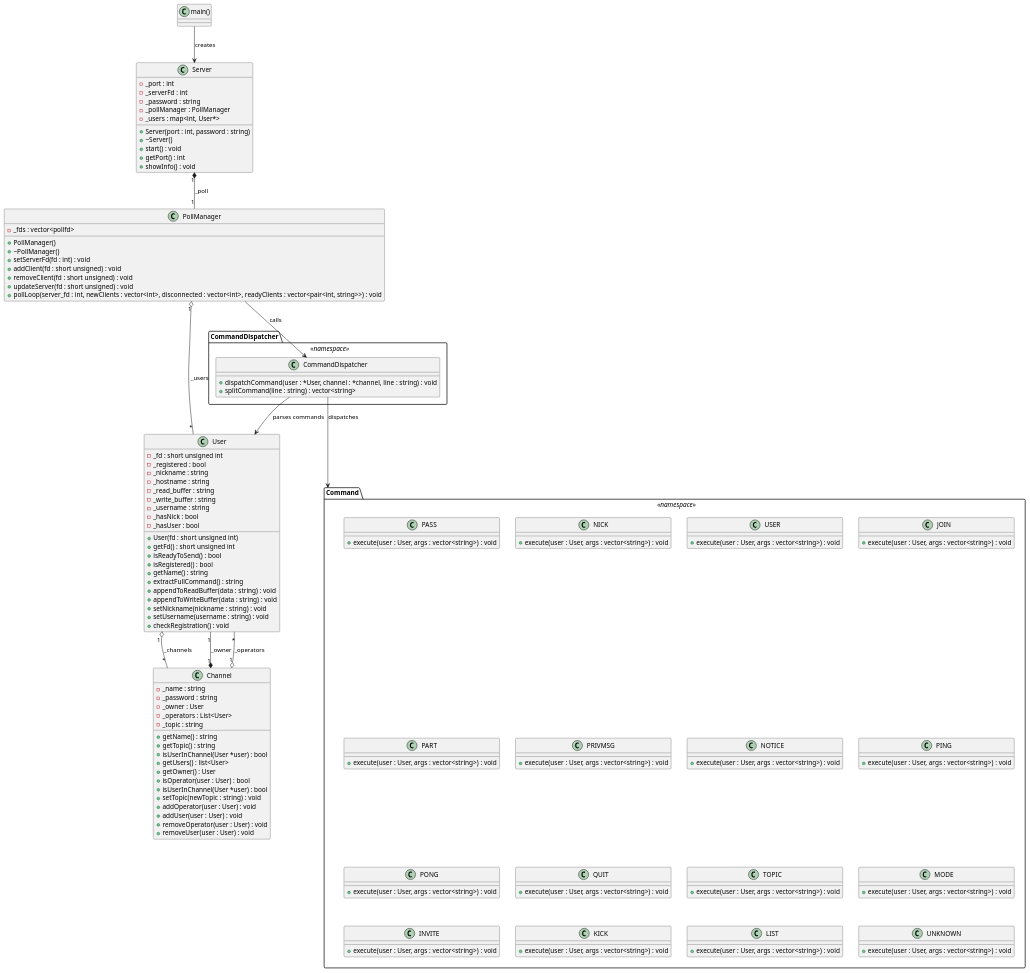
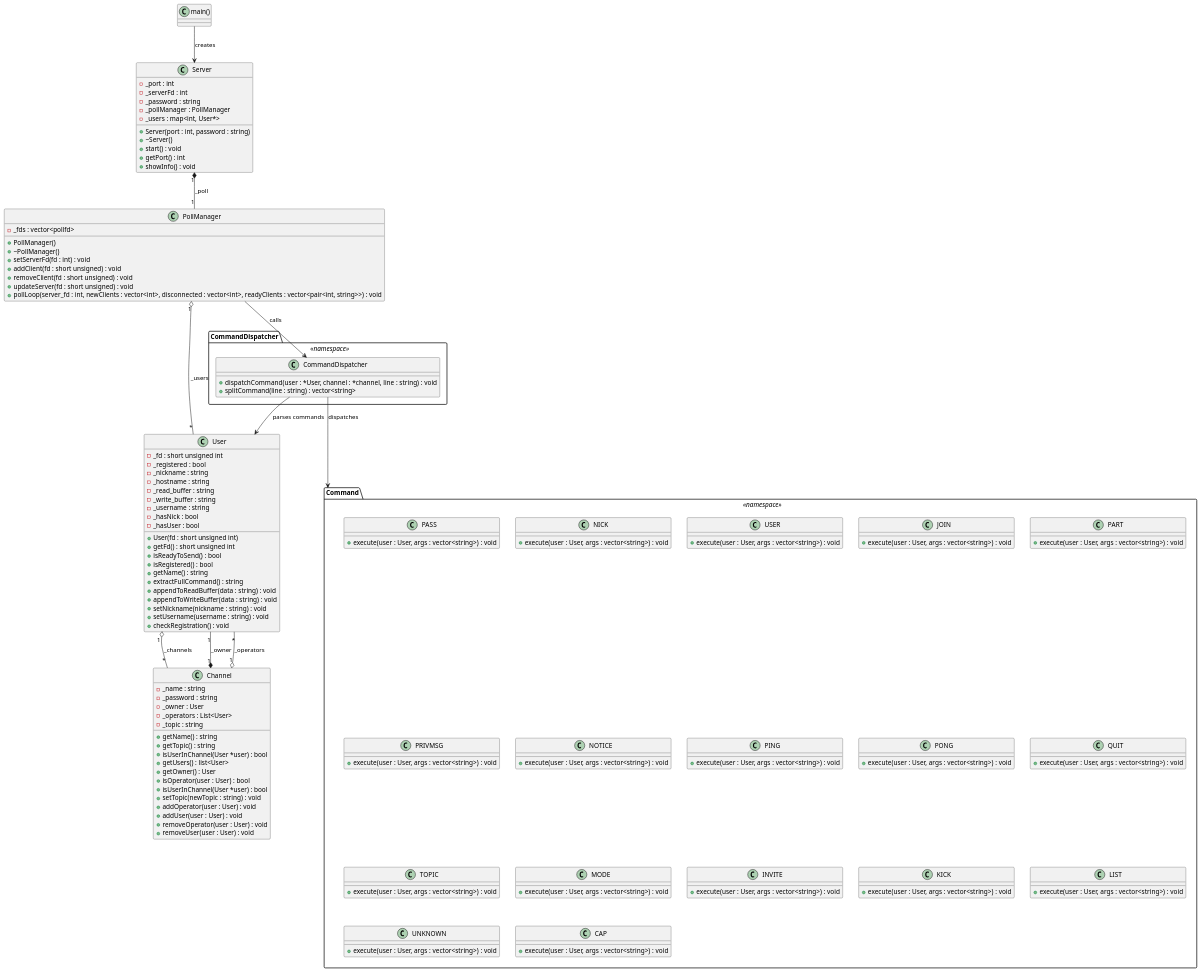
The diagram in diagram.puml (EniumRaphael/ft_irc), drawn with PlantUML before and after one commit. The commit also changed 11 other files, not shown here.

Commit message:
ADD commands NICK, USER, PASS, CAP

```diff
--- a/diagram.puml
+++ b/diagram.puml
@@ -1,167 +1,170 @@
 @startuml "IRC Server - Detailed UML"
 
 ' ========================
 '         ENTRY: main()
 ' ========================
 class "main()"
 
 ' ========================
 '         CLASS: Server
 ' ========================
 class Server {
     - _port : int
     - _serverFd : int
     - _password : string
     - _pollManager : PollManager
     - _users : map<int, User*>
 
     + Server(port : int, password : string)
     + ~Server()
     + start() : void
     + getPort() : int
     + showInfo() : void
 }
 
 ' ============================
 '         CLASS: PollManager
 ' ============================
 class PollManager {
     - _fds : vector<pollfd>
 
     + PollManager()
     + ~PollManager()
     + setServerFd(fd : int) : void
     + addClient(fd : short unsigned) : void
     + removeClient(fd : short unsigned) : void
     + updateServer(fd : short unsigned) : void
     + pollLoop(server_fd : int, newClients : vector<int>, disconnected : vector<int>, readyClients : vector<pair<int, string>>) : void
 }
 
 ' ========================
 '         CLASS: User
 ' ========================
 class User {
     - _fd : short unsigned int
     - _registered : bool
     - _nickname : string
     - _hostname : string
     - _read_buffer : string
     - _write_buffer : string
     - _username : string
     - _hasNick : bool
     - _hasUser : bool
     
     + User(fd : short unsigned int)
     + getFd() : short unsigned int
     + isReadyToSend() : bool
     + isRegistered() : bool
     + getName() : string
     + extractFullCommand() : string
     + appendToReadBuffer(data : string) : void
     + appendToWriteBuffer(data : string) : void
     + setNickname(nickname : string) : void
     + setUsername(username : string) : void
     + checkRegistration() : void
 }
 ' ========================
 '         CLASS: Channel
 ' ========================
 class Channel {
     - _name : string
     - _password : string
     - _owner : User
     - _operators : List<User>
     - _topic : string
 
     + getName() : string
 	+ getTopic() : string
 	+ isUserInChannel(User *user) : bool
 	+ getUsers() : list<User>
 	+ getOwner() : User
     + isOperator(user : User) : bool
 	+ isUserInChannel(User *user) : bool
     + setTopic(newTopic : string) : void
     + addOperator(user : User) : void
 	+ addUser(user : User) : void
     + removeOperator(user : User) : void
 	+ removeUser(user : User) : void
 }
 
 ' ====================================
 '  NAMESPACE: CommandDispatcher (static)
 ' ====================================
 package "CommandDispatcher" <<namespace>> {
     class CommandDispatcher {
         + dispatchCommand(user : *User, channel : *channel, line : string) : void
         + splitCommand(line : string) : vector<string>
     }
 }
 
 ' =============================
 '      NAMESPACE: Command
 ' =============================
 package "Command" <<namespace>> {
     class PASS {
         + execute(user : User, args : vector<string>) : void
     }
     class NICK {
         + execute(user : User, args : vector<string>) : void
     }
     class USER {
         + execute(user : User, args : vector<string>) : void
     }
     class JOIN {
         + execute(user : User, args : vector<string>) : void
     }
     class PART {
         + execute(user : User, args : vector<string>) : void
     }
     class PRIVMSG {
         + execute(user : User, args : vector<string>) : void
     }
     class NOTICE {
         + execute(user : User, args : vector<string>) : void
     }
     class PING {
         + execute(user : User, args : vector<string>) : void
     }
     class PONG {
         + execute(user : User, args : vector<string>) : void
     }
     class QUIT {
         + execute(user : User, args : vector<string>) : void
     }
     class TOPIC {
         + execute(user : User, args : vector<string>) : void
     }
     class MODE {
         + execute(user : User, args : vector<string>) : void
     }
     class INVITE {
         + execute(user : User, args : vector<string>) : void
     }
     class KICK {
         + execute(user : User, args : vector<string>) : void
     }
     class LIST {
         + execute(user : User, args : vector<string>) : void
     }
     class UNKNOWN {
         + execute(user : User, args : vector<string>) : void
     }
+    class CAP {
+        + execute(user : User, args : vector<string>) : void
+    }
 }
 
 ' ========================
 '         RELATIONS
 ' ========================
 "main()" --> Server : creates
 Server "1" *-- "1" PollManager : _poll
 PollManager "1" o-- "*" User : _users
 User "1" o-- "*" Channel : _channels
 Channel "1" *-- "1" User : _owner
 Channel "1" o-- "*" User : _operators
 PollManager --> CommandDispatcher.CommandDispatcher : calls
 CommandDispatcher.CommandDispatcher --> Command : dispatches
 CommandDispatcher.CommandDispatcher --> User : parses commands
 
 @enduml
```
